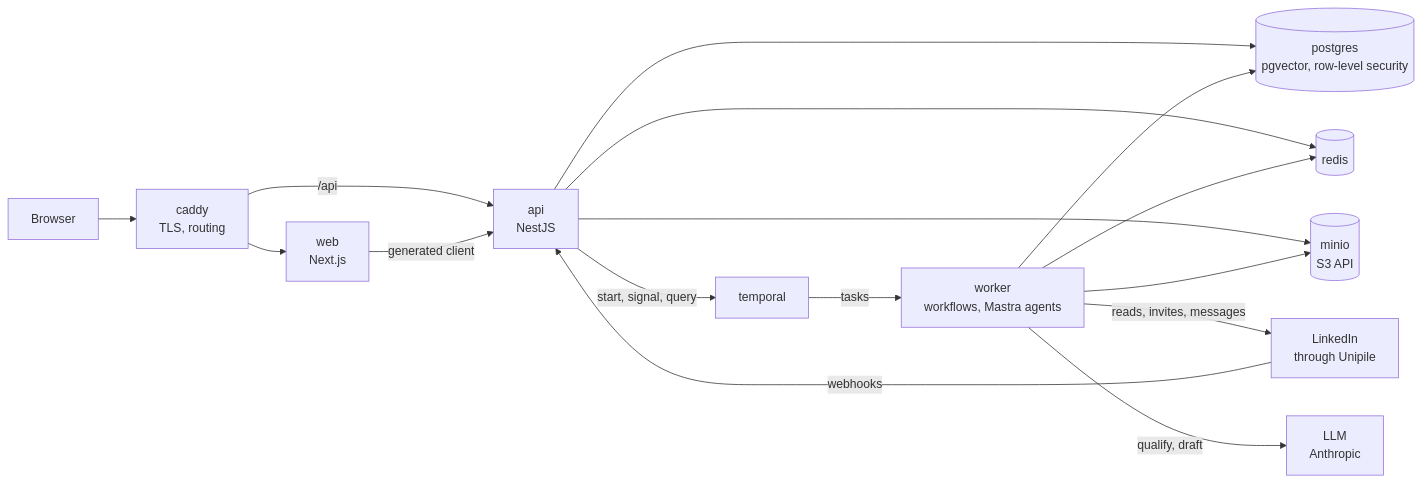
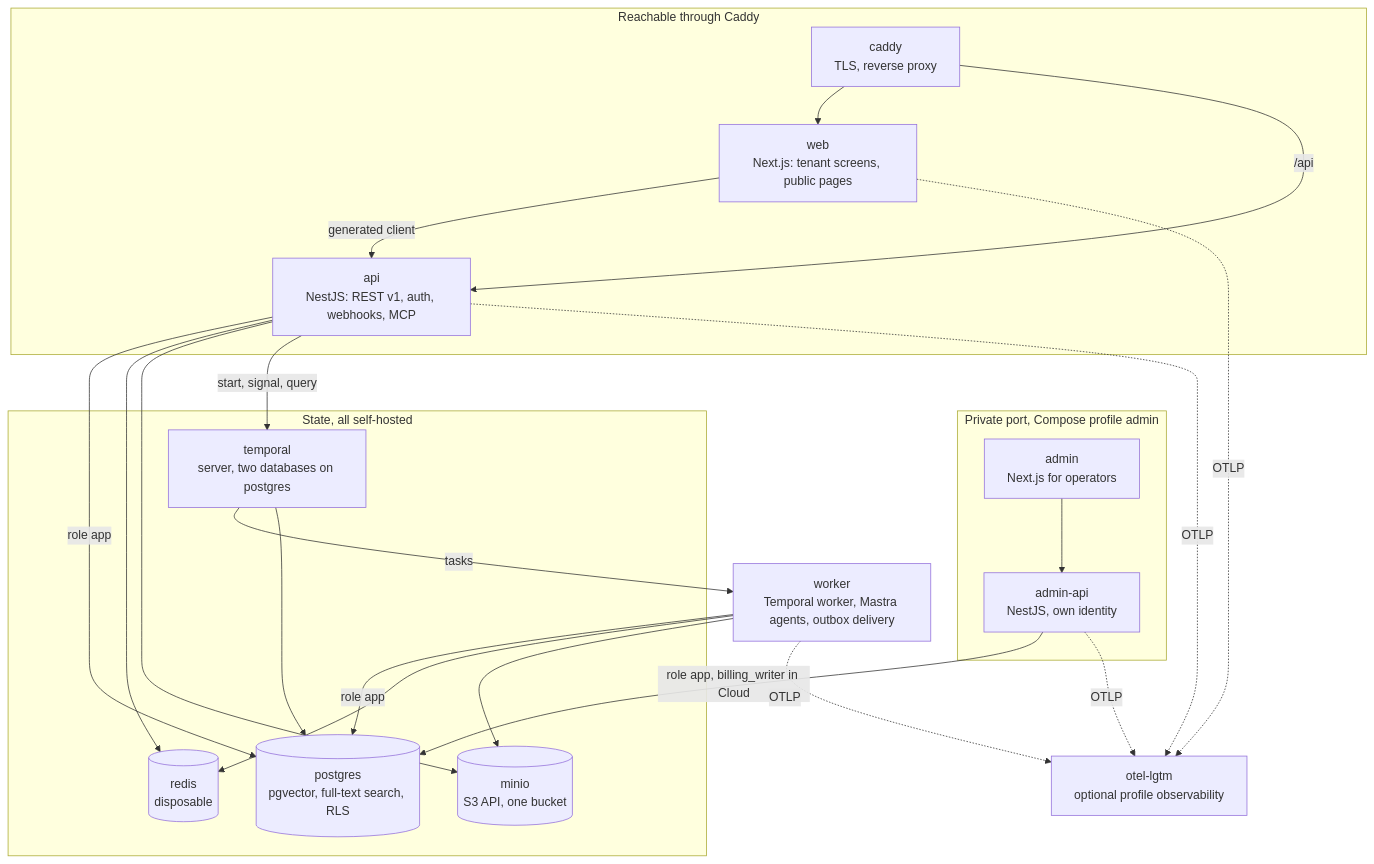
One commit to whytide/whytide changed the fourth of 18 diagrams in README.md. Above: the diagram before and after it, drawn with Mermaid. The commit also changed other lines of this file, not shown here.

Commit message:
Whytide Core 0.2.1 (beta): the README shows the architecture

````diff
--- a/README.md
+++ b/README.md
@@ -29,18 +112,38 @@
 ```mermaid
-flowchart LR
-  USER["Browser"] --> CADDY["caddy<br/>TLS, routing"]
-  CADDY --> WEB["web<br/>Next.js"]
-  CADDY -->|"/api"| API["api<br/>NestJS"]
+flowchart TB
+  subgraph PUBLIC["Reachable through Caddy"]
+    CADDY["caddy<br/>TLS, reverse proxy"]
+    WEB["web<br/>Next.js: tenant screens, public pages"]
+    API["api<br/>NestJS: REST v1, auth, webhooks, MCP"]
+  end
+  subgraph PRIVATE["Private port, Compose profile admin"]
+    ADMIN["admin<br/>Next.js for operators"]
+    ADMINAPI["admin-api<br/>NestJS, own identity"]
+  end
+  WORKER["worker<br/>Temporal worker, Mastra agents, outbox delivery"]
+  subgraph STATE["State, all self-hosted"]
+    PG[("postgres<br/>pgvector, full-text search, RLS")]
+    TEMPORAL["temporal<br/>server, two databases on postgres"]
+    RD[("redis<br/>disposable")]
+    MINIO[("minio<br/>S3 API, one bucket")]
+  end
+  OTEL["otel-lgtm<br/>optional profile observability"]
+  CADDY --> WEB
+  CADDY -->|"/api"| API
   WEB -->|"generated client"| API
-  API -->|"start, signal, query"| TEMPORAL["temporal"]
-  TEMPORAL -->|"tasks"| WORKER["worker<br/>workflows, Mastra agents"]
-  API --> PG[("postgres<br/>pgvector, row-level security")]
-  WORKER --> PG
-  API --> REDIS[("redis")]
-  WORKER --> REDIS
-  API --> MINIO[("minio<br/>S3 API")]
+  ADMIN --> ADMINAPI
+  API -->|"role app"| PG
+  WORKER -->|"role app"| PG
+  ADMINAPI -->|"role app, billing_writer in Cloud"| PG
+  API --> RD
+  WORKER --> RD
+  API --> MINIO
   WORKER --> MINIO
-  WORKER -->|"reads, invites, messages"| LI["LinkedIn<br/>through Unipile"]
-  LI -->|"webhooks"| API
-  WORKER -->|"qualify, draft"| LLM["LLM<br/>Anthropic"]
+  API -->|"start, signal, query"| TEMPORAL
+  TEMPORAL -->|"tasks"| WORKER
+  TEMPORAL --> PG
+  WEB -.->|"OTLP"| OTEL
+  API -.->|"OTLP"| OTEL
+  WORKER -.->|"OTLP"| OTEL
+  ADMINAPI -.->|"OTLP"| OTEL
 ```
````
